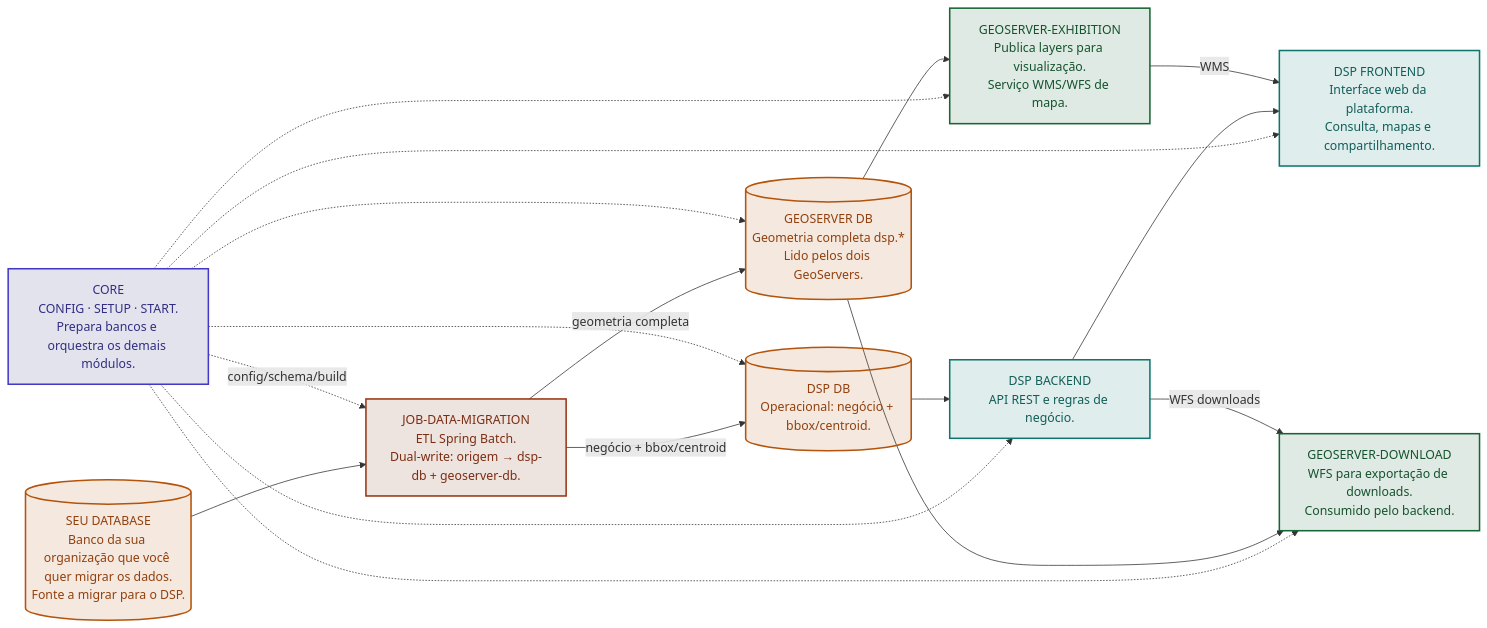
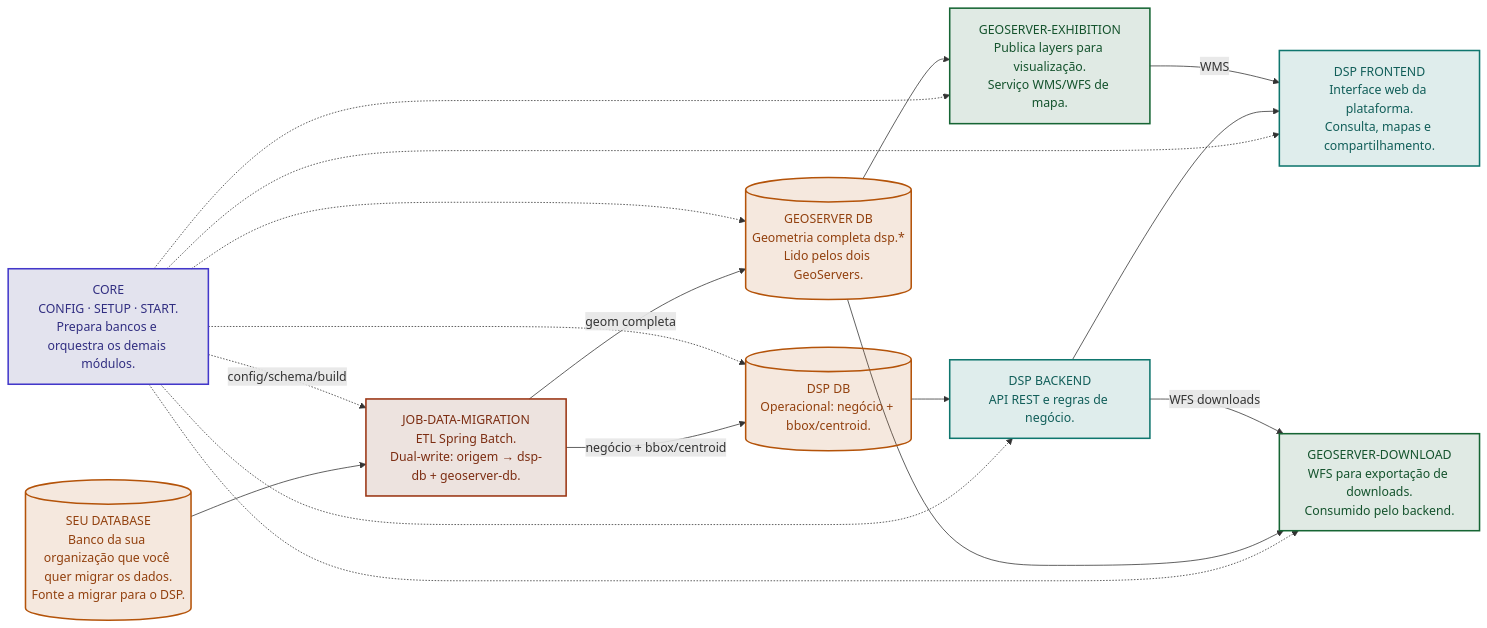
The diagram in docs/index.md (kleber-albino/rer-dsp-docs), drawn with Mermaid before and after one commit. The commit also changed 14 other files, not shown here.

````diff
--- a/docs/index.md
+++ b/docs/index.md
@@ -18,46 +18,46 @@
 ```mermaid
 flowchart LR
   srcDb[("SEU DATABASE<br/>Banco da sua organização que você quer migrar os dados.<br/>Fonte a migrar para o DSP.")]
   jobMig["JOB-DATA-MIGRATION<br/>ETL Spring Batch.<br/>Dual-write: origem → dsp-db + geoserver-db."]
   core["CORE<br/>CONFIG · SETUP · START.<br/>Prepara bancos e orquestra os demais módulos."]
 
   dspDb[("DSP DB<br/>Operacional: negócio + bbox/centroid.")]
   gsDb[("GEOSERVER DB<br/>Geometria completa dsp.*<br/>Lido pelos dois GeoServers.")]
 
   be["DSP BACKEND<br/>API REST e regras de negócio."]
   fe["DSP FRONTEND<br/>Interface web da plataforma.<br/>Consulta, mapas e compartilhamento."]
 
   gsEx["GEOSERVER-EXHIBITION<br/>Publica layers para visualização.<br/>Serviço WMS/WFS de mapa."]
   gsDl["GEOSERVER-DOWNLOAD<br/>WFS para exportação de downloads.<br/>Consumido pelo backend."]
 
   srcDb --> jobMig
   jobMig -->|"negócio + bbox/centroid"| dspDb
-  jobMig -->|"geometria completa"| gsDb
+  jobMig -->|"geom completa"| gsDb
   core -.config/schema/build.-> jobMig
   core -.-> dspDb
   core -.-> gsDb
   core -.-> be
   core -.-> fe
   core -.-> gsEx
   core -.-> gsDl
 
   dspDb --> be
   gsDb --> gsEx
   gsDb --> gsDl
 
   be --> fe
   be -->|WFS downloads| gsDl
   gsEx -->|WMS| fe
 
   classDef app fill:#0f766e22,color:#115e59,stroke:#0f766e,stroke-width:2px
   classDef geoCls fill:#16653422,color:#14532d,stroke:#166534,stroke-width:2px
   classDef db fill:#b4530922,color:#92400e,stroke:#b45309,stroke-width:2px
   classDef job fill:#7c2d1222,color:#7c2d12,stroke:#9a3412,stroke-width:2px
   classDef coreCls fill:#312e8122,color:#312e81,stroke:#4338ca,stroke-width:2px
 
   class fe,be app
   class gsEx,gsDl geoCls
   class dspDb,gsDb,srcDb db
   class jobMig job
   class core coreCls
 ```
````
